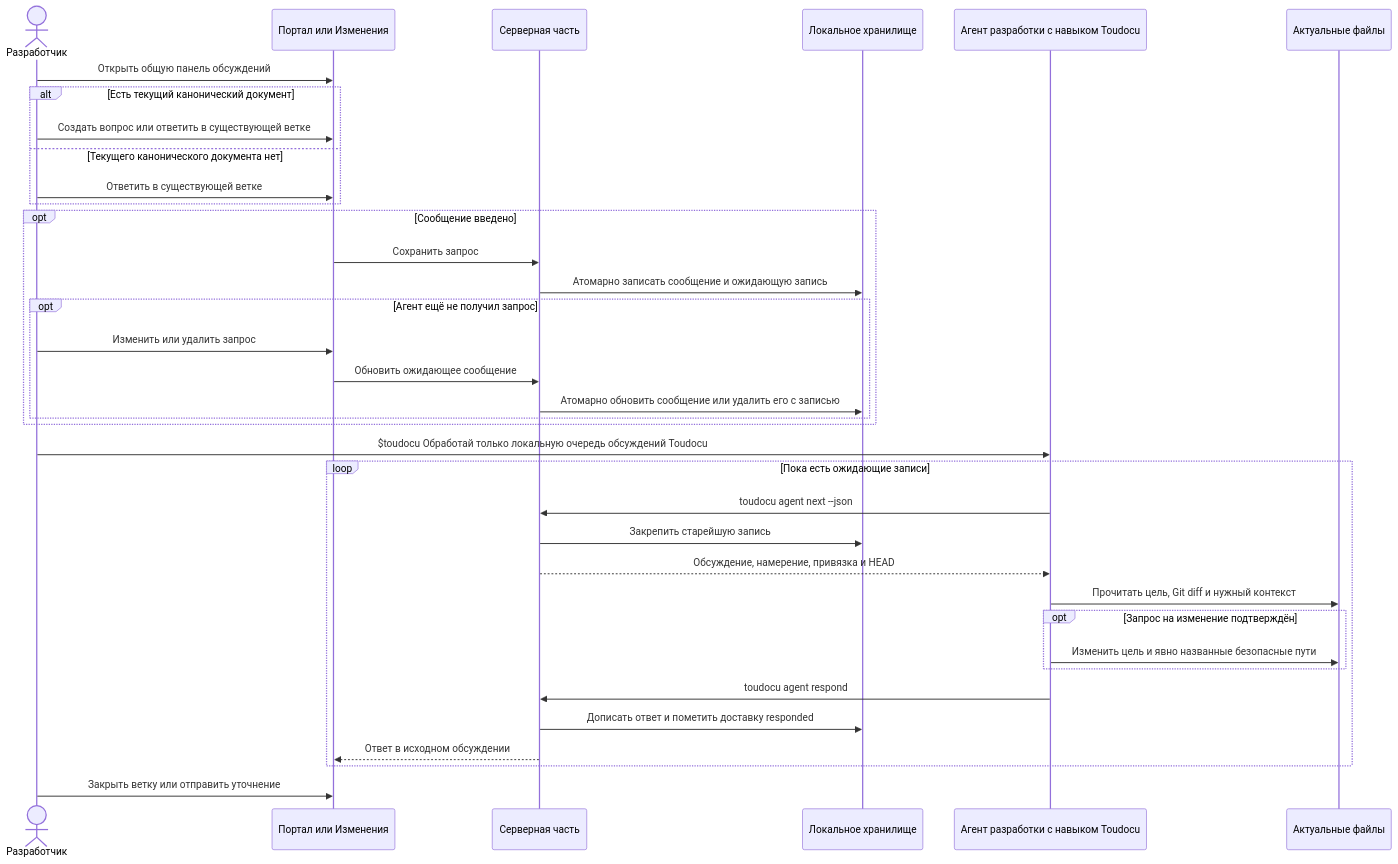
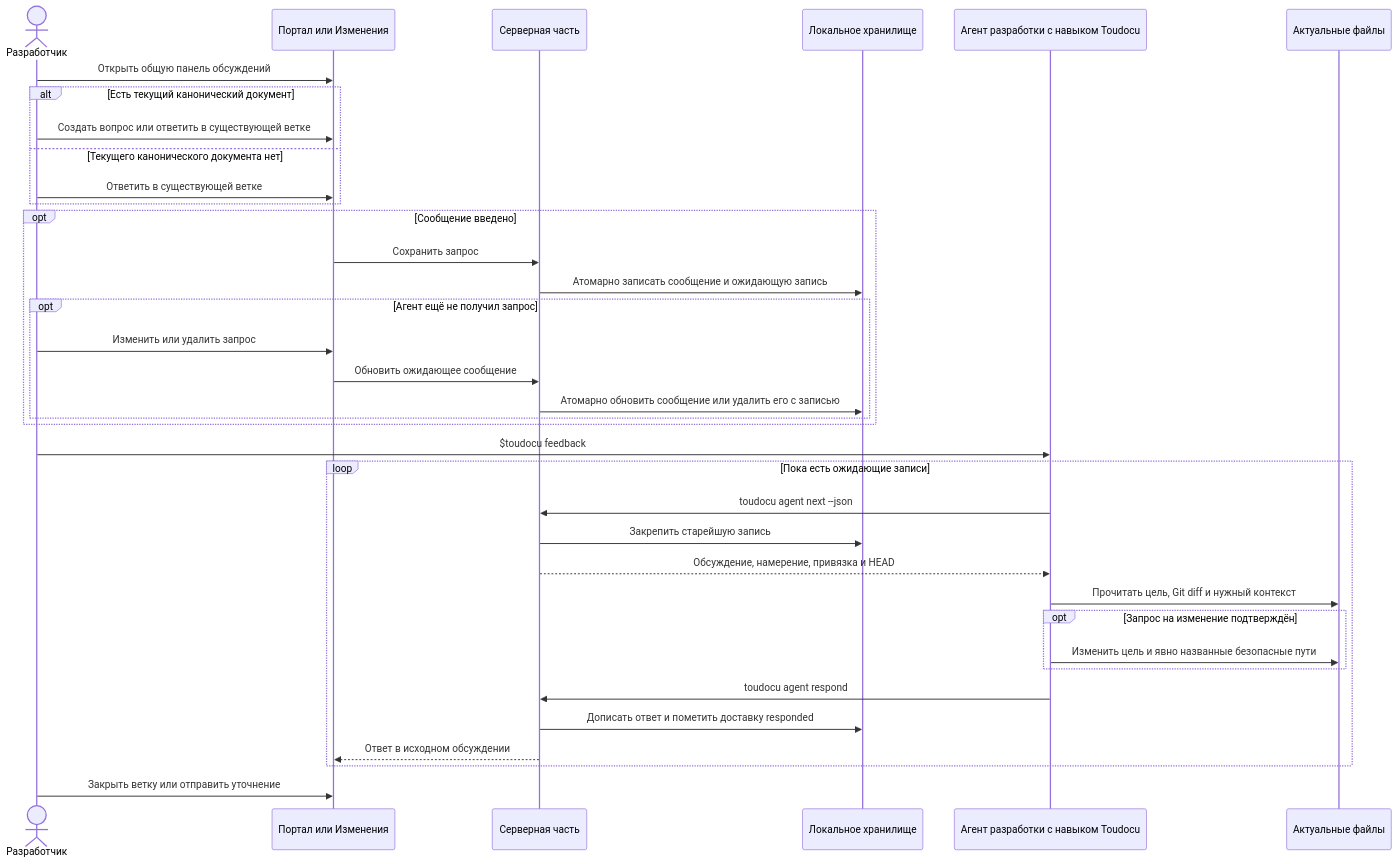
The diagram in docs/flows/FLOW-AGENT-FEEDBACK.md (lumenikoly/toudocu), drawn with Mermaid before and after one commit. The commit also changed 19 other files, not shown here.

First line of the commit message:
Update Toudocu feedback messages and documentation references

````diff
--- a/docs/flows/FLOW-AGENT-FEEDBACK.md
+++ b/docs/flows/FLOW-AGENT-FEEDBACK.md
@@ -10,39 +10,39 @@
 ```mermaid
 sequenceDiagram
     actor Human as Разработчик
     participant UI as Портал или Изменения
     participant Core as Серверная часть
     participant Store as Локальное хранилище
     participant Agent as Агент разработки с навыком Toudocu
     participant Files as Актуальные файлы
 
     Human->>UI: Открыть общую панель обсуждений
     alt Есть текущий канонический документ
         Human->>UI: Создать вопрос или ответить в существующей ветке
     else Текущего канонического документа нет
         Human->>UI: Ответить в существующей ветке
     end
     opt Сообщение введено
         UI->>Core: Сохранить запрос
         Core->>Store: Атомарно записать сообщение и ожидающую запись
         opt Агент ещё не получил запрос
             Human->>UI: Изменить или удалить запрос
             UI->>Core: Обновить ожидающее сообщение
             Core->>Store: Атомарно обновить сообщение или удалить его с записью
         end
     end
-    Human->>Agent: $toudocu Обработай только локальную очередь обсуждений Toudocu
+    Human->>Agent: $toudocu feedback
     loop Пока есть ожидающие записи
         Agent->>Core: toudocu agent next --json
         Core->>Store: Закрепить старейшую запись
         Core-->>Agent: Обсуждение, намерение, привязка и HEAD
         Agent->>Files: Прочитать цель, Git diff и нужный контекст
         opt Запрос на изменение подтверждён
             Agent->>Files: Изменить цель и явно названные безопасные пути
         end
         Agent->>Core: toudocu agent respond
         Core->>Store: Дописать ответ и пометить доставку responded
         Core-->>UI: Ответ в исходном обсуждении
     end
     Human->>UI: Закрыть ветку или отправить уточнение
 ```
````
